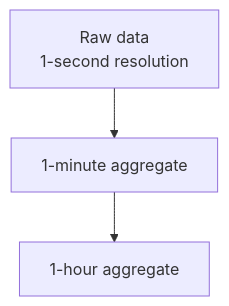
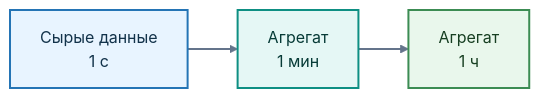
One commit to BosenkoTM/Big-data-processing-methods changed the tenth of 13 diagrams in 2026/lectures/lecture_03_robotics_iot_big_data.md. Above: the diagram before and after it, drawn with Mermaid. The commit also changed other lines of this file, not shown here.

````diff
--- a/2026/lectures/lecture_03_robotics_iot_big_data.md
+++ b/2026/lectures/lecture_03_robotics_iot_big_data.md
@@ -628,5 +742,15 @@
 ```mermaid
-flowchart TD
-    RAW["Raw data<br/>1-second resolution"] --> M1["1-minute aggregate"]
-    M1 --> H1["1-hour aggregate"]
+flowchart LR
+    RAW["Сырые данные<br/>1 с"] --> M1["Агрегат<br/>1 мин"]
+    M1 --> H1["Агрегат<br/>1 ч"]
+
+    classDef raw fill:#E8F4FF,stroke:#2474B5,color:#12324A,stroke-width:2px
+    classDef mid fill:#E5F7F5,stroke:#0E8F83,color:#073B37,stroke-width:2px
+    classDef long fill:#E9F7EC,stroke:#3C8C53,color:#173F22,stroke-width:2px
+
+    class RAW raw
+    class M1 mid
+    class H1 long
+
+    linkStyle default stroke:#64748B,stroke-width:2px
 ```
````
